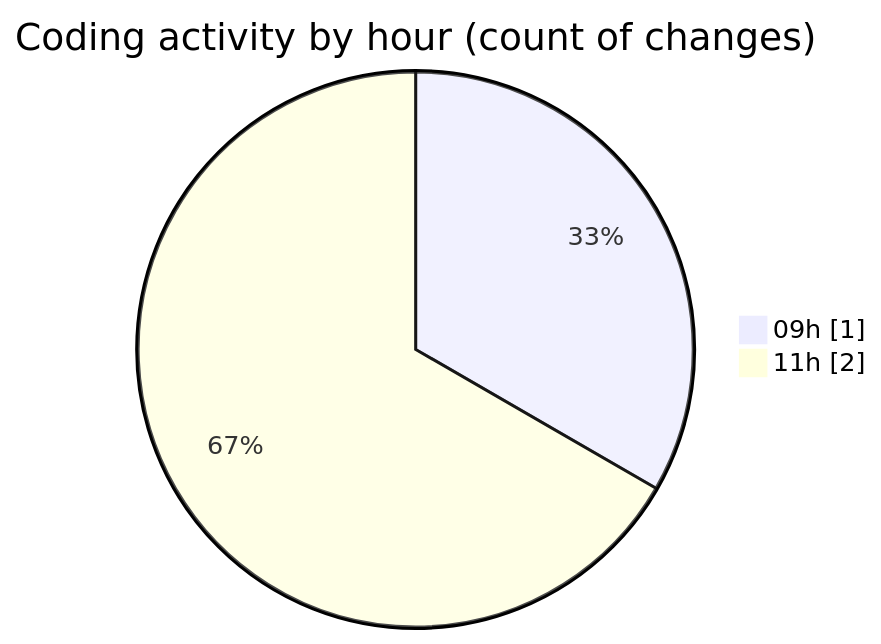
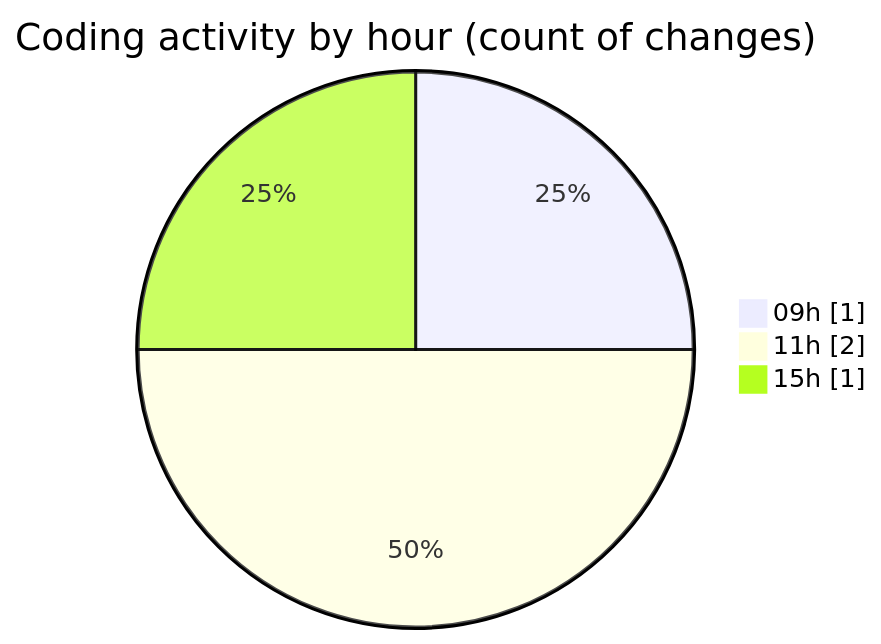
One commit to LanceThiago/code-tracking changed the second of 2 diagrams in 2026-02-06/enviar_facturas/README.md. Above: the diagram before and after it, drawn with Mermaid. The commit also changed other lines of this file and 1 other file, not shown here.

````diff
--- a/2026-02-06/enviar_facturas/README.md
+++ b/2026-02-06/enviar_facturas/README.md
@@ -28,6 +30,7 @@
 ```mermaid
 pie showData
 title Coding activity by hour (count of changes)
 "09h" : 1
 "11h" : 2
+"15h" : 1
 ```
````
